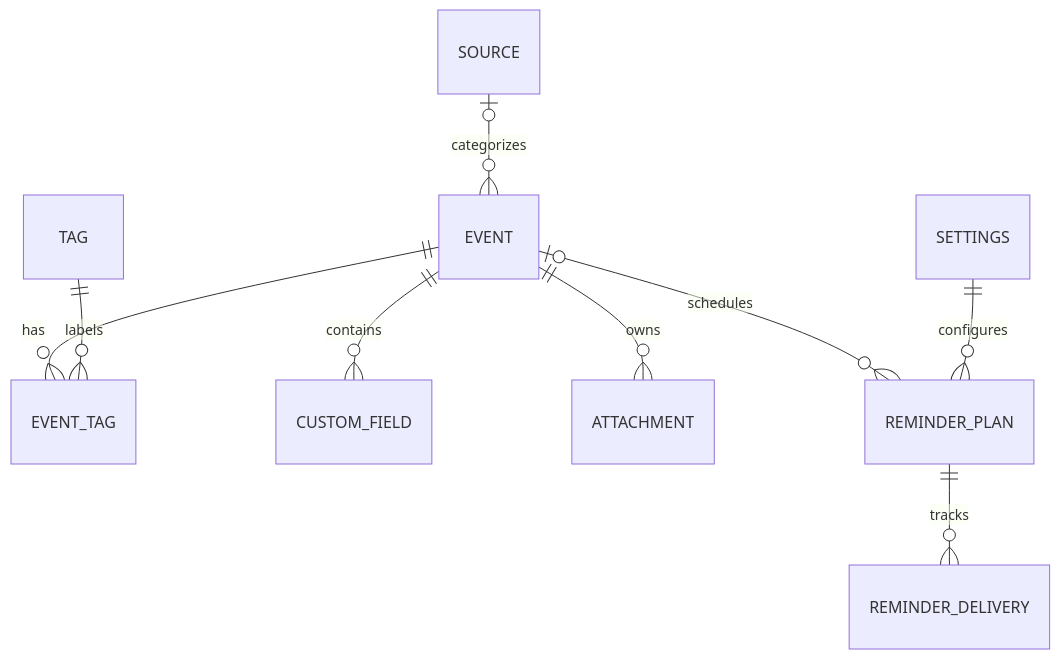
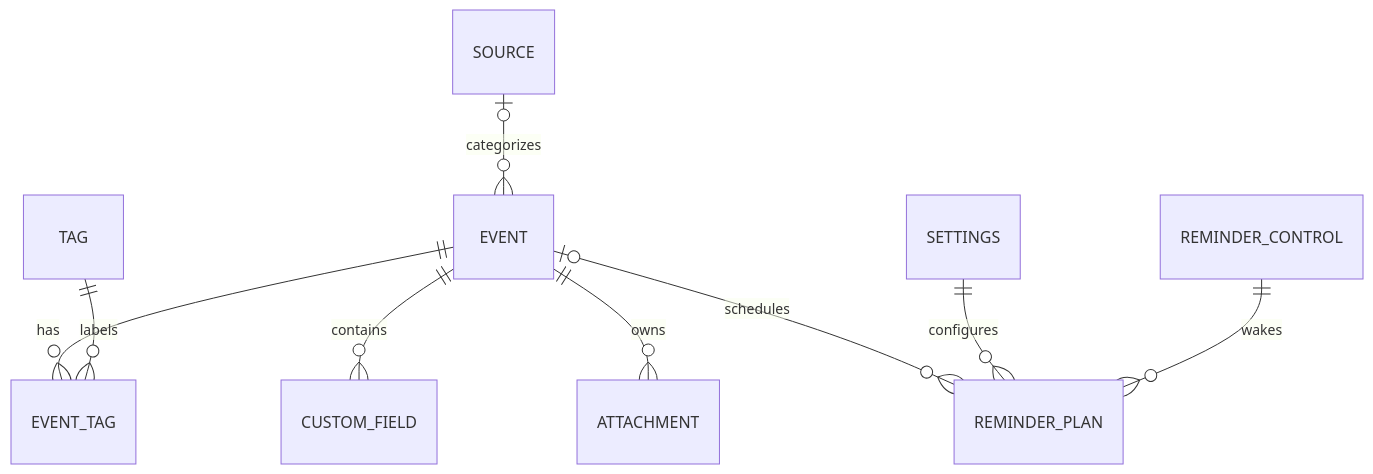
One commit to zidodo1124/hust26_software_engineering_homework changed the second of 3 diagrams in docs/design.md. Above: the diagram before and after it, drawn with Mermaid. The commit also changed other lines of this file and 50 other files, not shown here.

````diff
--- a/docs/design.md
+++ b/docs/design.md
@@ -92,11 +94,11 @@
 ```mermaid
 erDiagram
     SOURCE o|--o{ EVENT : categorizes
     EVENT ||--o{ EVENT_TAG : has
     TAG ||--o{ EVENT_TAG : labels
     EVENT ||--o{ CUSTOM_FIELD : contains
     EVENT ||--o{ ATTACHMENT : owns
     EVENT o|--o{ REMINDER_PLAN : schedules
     SETTINGS ||--o{ REMINDER_PLAN : configures
-    REMINDER_PLAN ||--o{ REMINDER_DELIVERY : tracks
+    REMINDER_CONTROL ||--o{ REMINDER_PLAN : wakes
 ```
````
